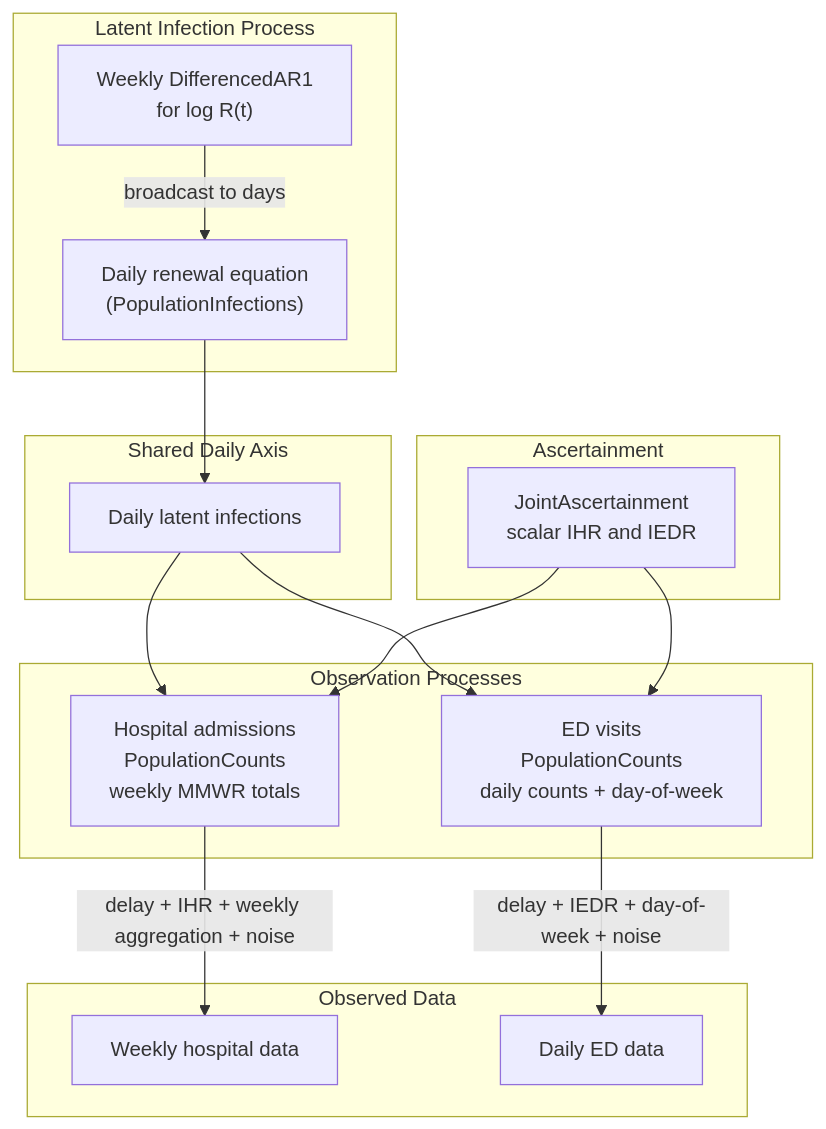
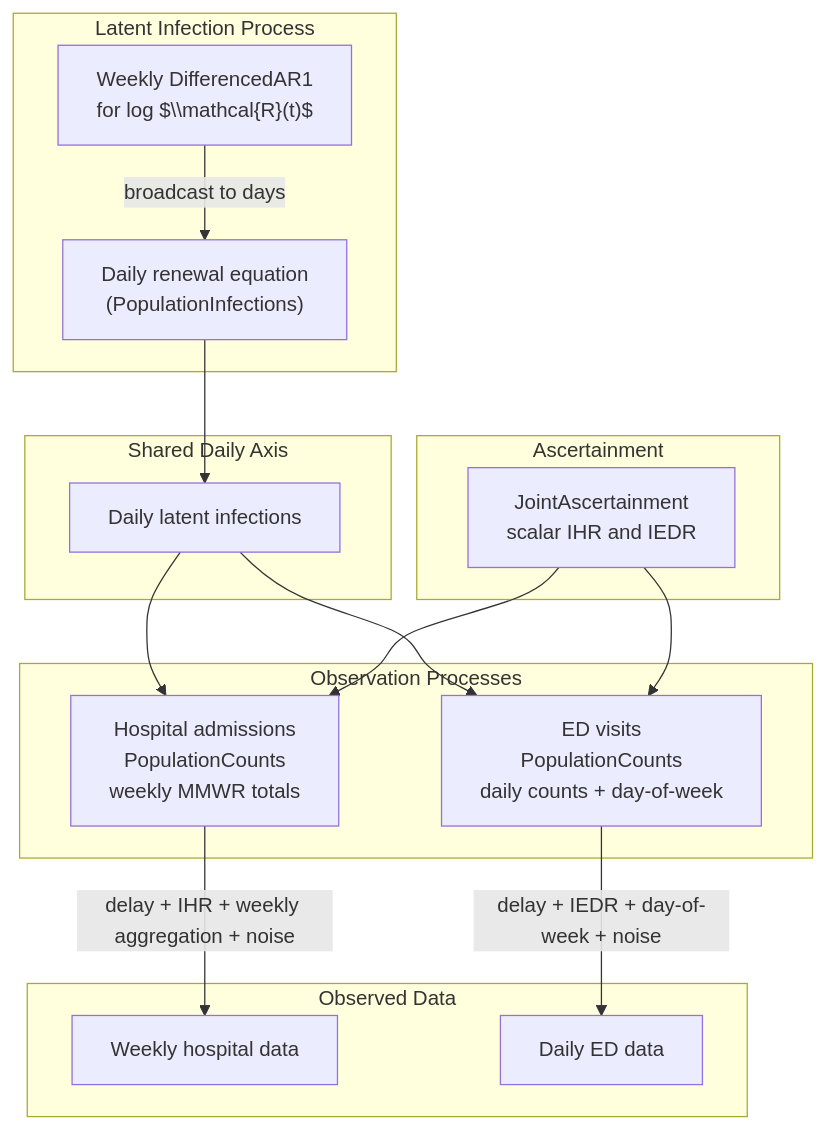
Before and after one commit to CDCgov/PyRenew: the diagram in docs/tutorials/multisignal_H_E_model.qmd, drawn with Mermaid. The commit also changed other lines of this file, not shown here.

````diff
--- a/docs/tutorials/multisignal_H_E_model.qmd
+++ b/docs/tutorials/multisignal_H_E_model.qmd
@@ -66,35 +79,35 @@
 ```mermaid
 flowchart TB
 
     subgraph Latent["Latent Infection Process"]
-        R["Weekly DifferencedAR1<br/>for log R(t)"]
+        R["Weekly DifferencedAR1<br/>for log $\\mathcal{R}(t)$"]
         I["Daily renewal equation<br/>(PopulationInfections)"]
     end
 
     subgraph Shared["Shared Daily Axis"]
         D["Daily latent infections"]
     end
 
     subgraph Asc["Ascertainment"]
         A["JointAscertainment<br/>scalar IHR and IEDR"]
     end
 
     subgraph Obs["Observation Processes"]
         H["Hospital admissions<br/>PopulationCounts<br/>weekly MMWR totals"]
         E["ED visits<br/>PopulationCounts<br/>daily counts + day-of-week"]
     end
 
     subgraph Data["Observed Data"]
         HD["Weekly hospital data"]
         ED["Daily ED data"]
     end
 
     R -->|"broadcast to days"| I
     I --> D
     D --> H
     D --> E
     A --> H
     A --> E
     H -->|"delay + IHR + weekly aggregation + noise"| HD
     E -->|"delay + IEDR + day-of-week + noise"| ED
 ```
````
